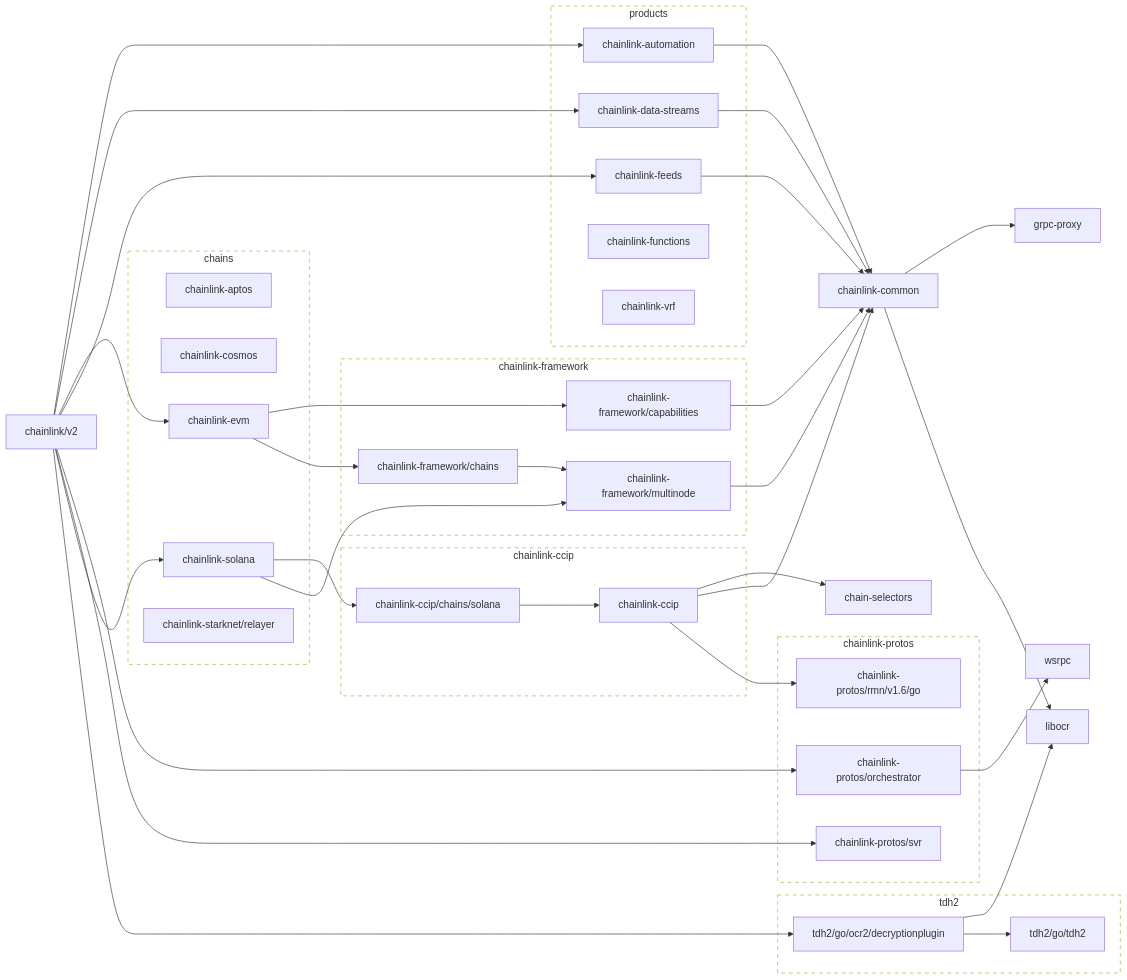
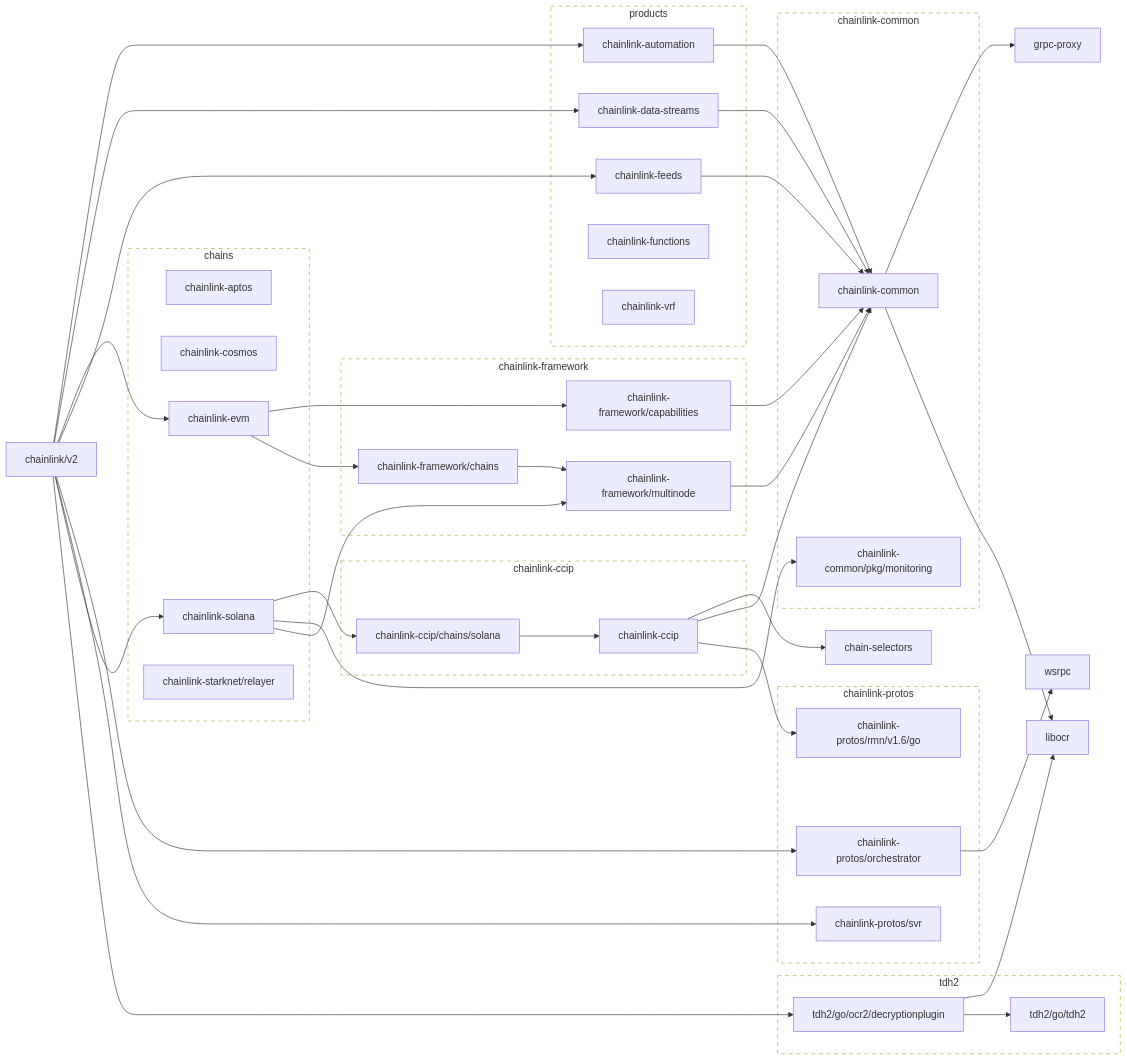
Before and after one commit to smartcontractkit/chainlink: the first of 2 diagrams in go.md, drawn with Mermaid. The commit also changed other lines of this file and 15 other files, not shown here.

Commit message:
bump solana & common

````diff
--- a/go.md
+++ b/go.md
@@ -34,6 +34,8 @@
 	chainlink-common --> grpc-proxy
 	chainlink-common --> libocr
 	click chainlink-common href "https://github.com/smartcontractkit/chainlink-common"
+	chainlink-common/pkg/monitoring
+	click chainlink-common/pkg/monitoring href "https://github.com/smartcontractkit/chainlink-common"
 	chainlink-data-streams --> chainlink-common
 	click chainlink-data-streams href "https://github.com/smartcontractkit/chainlink-data-streams"
 	chainlink-evm --> chainlink-framework/capabilities
@@ -54,6 +56,7 @@
 	chainlink-protos/svr
 	click chainlink-protos/svr href "https://github.com/smartcontractkit/chainlink-protos"
 	chainlink-solana --> chainlink-ccip/chains/solana
+	chainlink-solana --> chainlink-common/pkg/monitoring
 	chainlink-solana --> chainlink-framework/multinode
 	click chainlink-solana href "https://github.com/smartcontractkit/chainlink-solana"
 	chainlink/v2 --> chainlink-automation
@@ -83,6 +86,12 @@
 	end
 	click chainlink-ccip-repo href "https://github.com/smartcontractkit/chainlink-ccip"
 
+	subgraph chainlink-common-repo[chainlink-common]
+		 chainlink-common
+		 chainlink-common/pkg/monitoring
+	end
+	click chainlink-common-repo href "https://github.com/smartcontractkit/chainlink-common"
+
 	subgraph chainlink-framework-repo[chainlink-framework]
 		 chainlink-framework/capabilities
 		 chainlink-framework/chains
@@ -104,5 +113,5 @@
 	click tdh2-repo href "https://github.com/smartcontractkit/tdh2"
 
 	classDef outline stroke-dasharray:6,fill:none;
-	class chainlink-ccip-repo,chainlink-framework-repo,chainlink-protos-repo,tdh2-repo outline
+	class chainlink-ccip-repo,chainlink-common-repo,chainlink-framework-repo,chainlink-protos-repo,tdh2-repo outline
 ```
````
